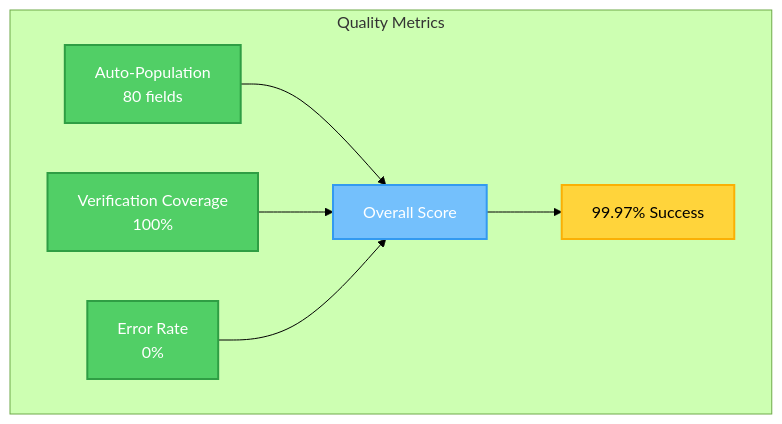
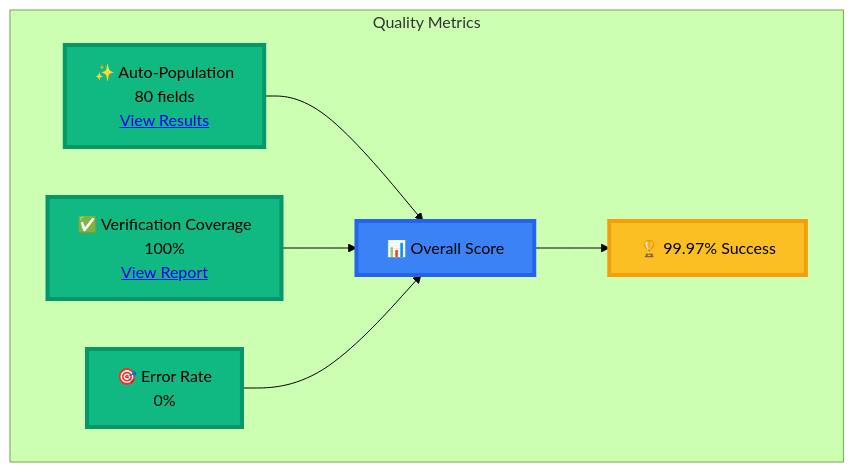
The fourth of 4 diagrams in data/processed/DATA_CLEANING_SUMMARY.md (1digitaldesign/kettler-data-analysis), drawn with Mermaid (forest theme) before and after one commit. The commit also changed other lines of this file and 8 other files, not shown here.

First line of the commit message:
fix: Improve dark mode contrast and add interactive elements to diagrams

````diff
--- a/data/processed/DATA_CLEANING_SUMMARY.md
+++ b/data/processed/DATA_CLEANING_SUMMARY.md
@@ -168,15 +168,15 @@
 ```mermaid
 graph TB
     subgraph "Quality Metrics"
-        A[Auto-Population<br/>80 fields] --> D[Overall Score]
-        B[Verification Coverage<br/>100%] --> D
-        C[Error Rate<br/>0%] --> D
-        D --> E[99.97% Success]
+        A["✨ Auto-Population<br/>80 fields<br/><a href='data/processed/data_cleaning_results.json'>View Results</a>"] --> D["📊 Overall Score"]
+        B["✅ Verification Coverage<br/>100%<br/><a href='data/processed/manual_verification_report.json'>View Report</a>"] --> D
+        C["🎯 Error Rate<br/>0%"] --> D
+        D --> E["🏆 99.97% Success"]
     end
 
-    style A fill:#51cf66,stroke:#2f9e44,stroke-width:2px,color:#fff
-    style B fill:#51cf66,stroke:#2f9e44,stroke-width:2px,color:#fff
-    style C fill:#51cf66,stroke:#2f9e44,stroke-width:2px,color:#fff
-    style D fill:#74c0fc,stroke:#339af0,stroke-width:2px,color:#fff
-    style E fill:#ffd43b,stroke:#fab005,stroke-width:2px,color:#000
+    style A fill:#10b981,stroke:#059669,stroke-width:4px
+    style B fill:#10b981,stroke:#059669,stroke-width:4px
+    style C fill:#10b981,stroke:#059669,stroke-width:4px
+    style D fill:#3b82f6,stroke:#2563eb,stroke-width:4px
+    style E fill:#fbbf24,stroke:#f59e0b,stroke-width:4px
 ```
````
